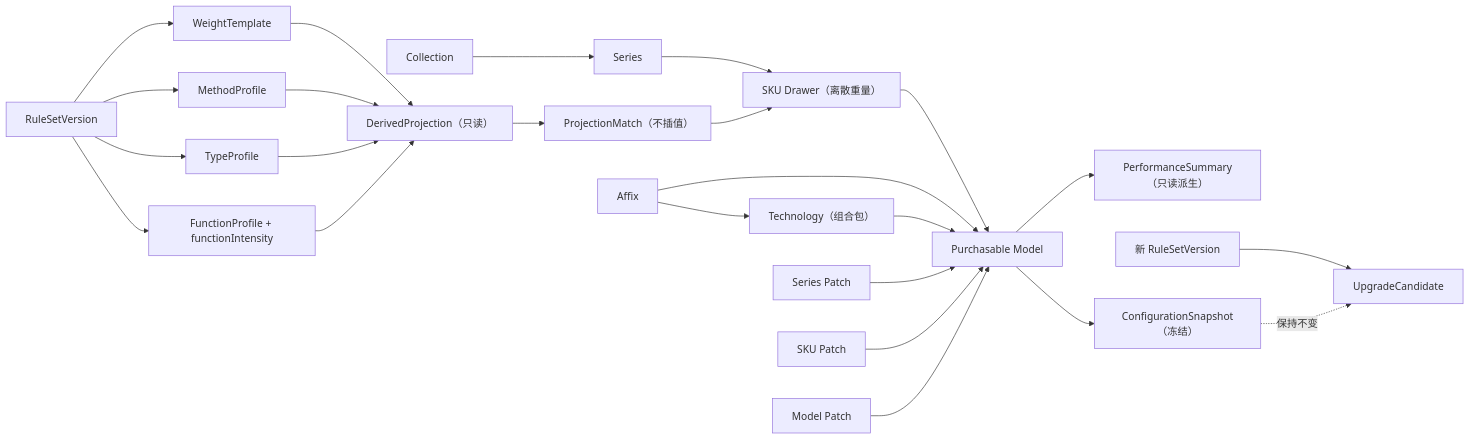
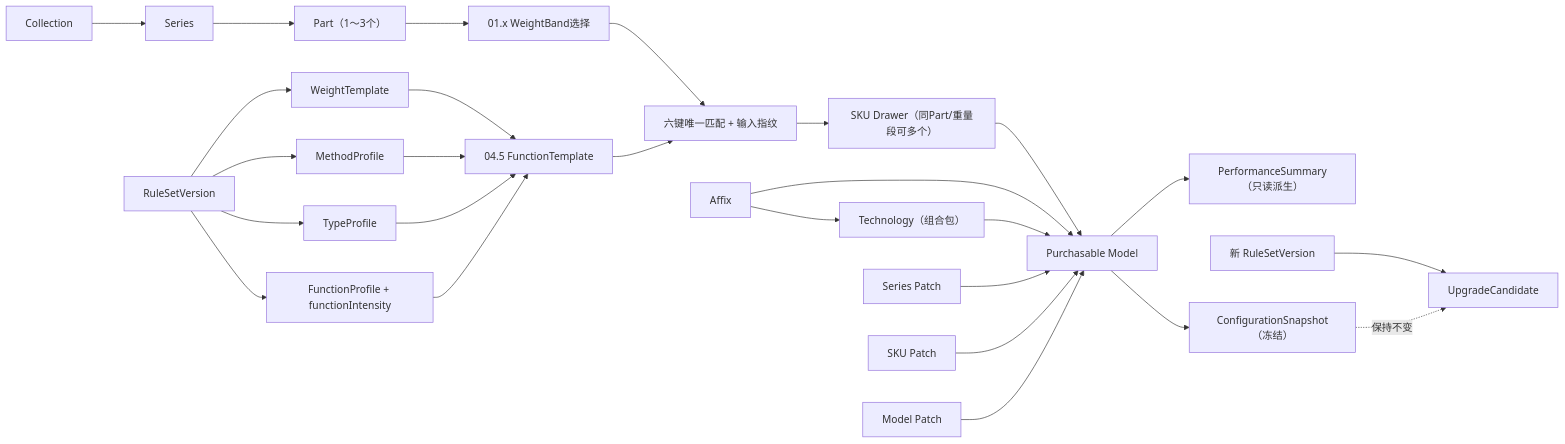
Before and after one commit to futouyiba/tackle-forger: the first of 4 diagrams in docs/ux/tackle-forger-ux-design-v1.md, drawn with Mermaid. The commit also changed other lines of this file and 18 other files, not shown here.

Commit message:
docs: plan weight-band SKU affix derivation

```diff
--- a/docs/ux/tackle-forger-ux-design-v1.md
+++ b/docs/ux/tackle-forger-ux-design-v1.md
@@ -253,26 +255,28 @@
 ~~~mermaid
 flowchart LR
     RS["RuleSetVersion"] --> WT["WeightTemplate"]
     RS --> M["MethodProfile"]
     RS --> T["TypeProfile"]
     RS --> F["FunctionProfile + functionIntensity"]
-    WT --> DP["DerivedProjection（只读）"]
-    M --> DP
-    T --> DP
-    F --> DP
-    DP --> PM["ProjectionMatch（不插值）"]
+    WT --> FT["04.5 FunctionTemplate"]
+    M --> FT
+    T --> FT
+    F --> FT
     C["Collection"] --> S["Series"]
-    S --> SKU["SKU Drawer（离散重量）"]
-    PM --> SKU
+    S --> P["Part（1～3个）"]
+    P --> WB["01.x WeightBand选择"]
+    WB --> FM["六键唯一匹配 + 输入指纹"]
+    FT --> FM
+    FM --> SKU["SKU Drawer（同Part/重量段可多个）"]
     SKU --> MD["Purchasable Model"]
     AX["Affix"] --> TECH["Technology（组合包）"]
     AX --> MD
     TECH --> MD
     MD --> PS["PerformanceSummary（只读派生）"]
     SP["Series Patch"] --> MD
     KP["SKU Patch"] --> MD
     MP["Model Patch"] --> MD
     MD --> SNAP["ConfigurationSnapshot（冻结）"]
     RS2["新 RuleSetVersion"] --> UC["UpgradeCandidate"]
     SNAP -. "保持不变" .-> UC
 ~~~
```
